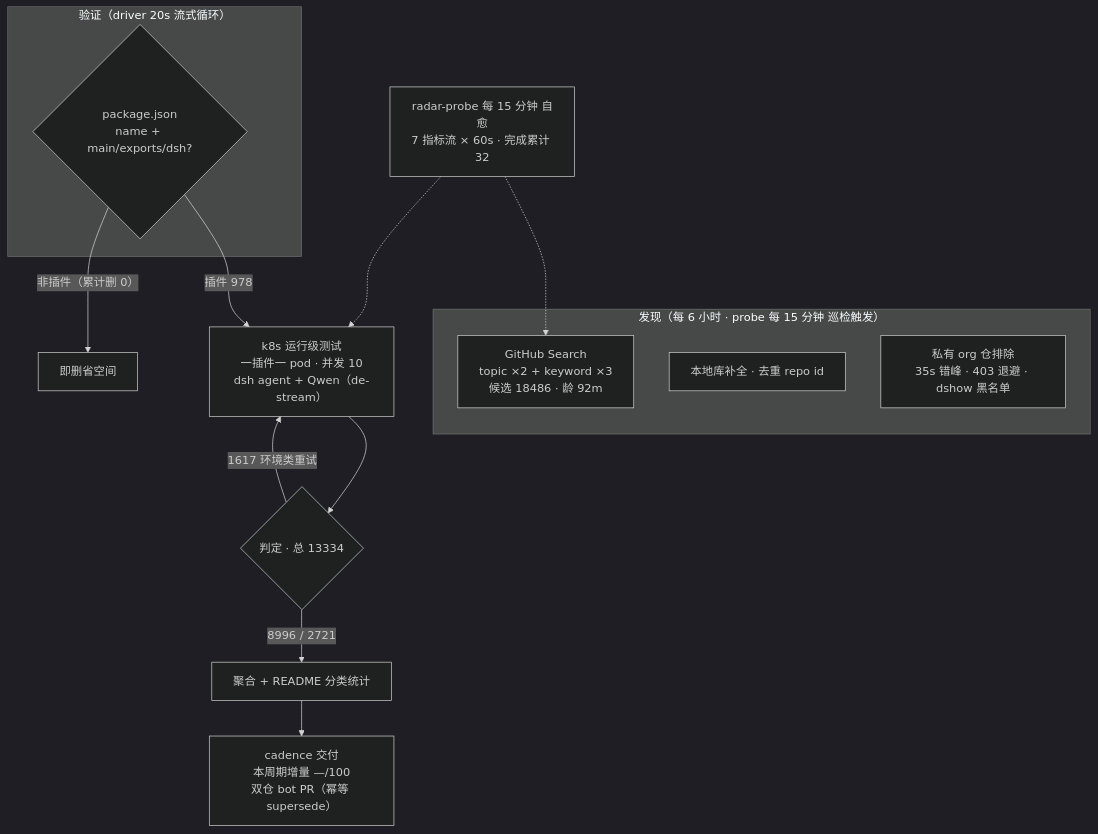
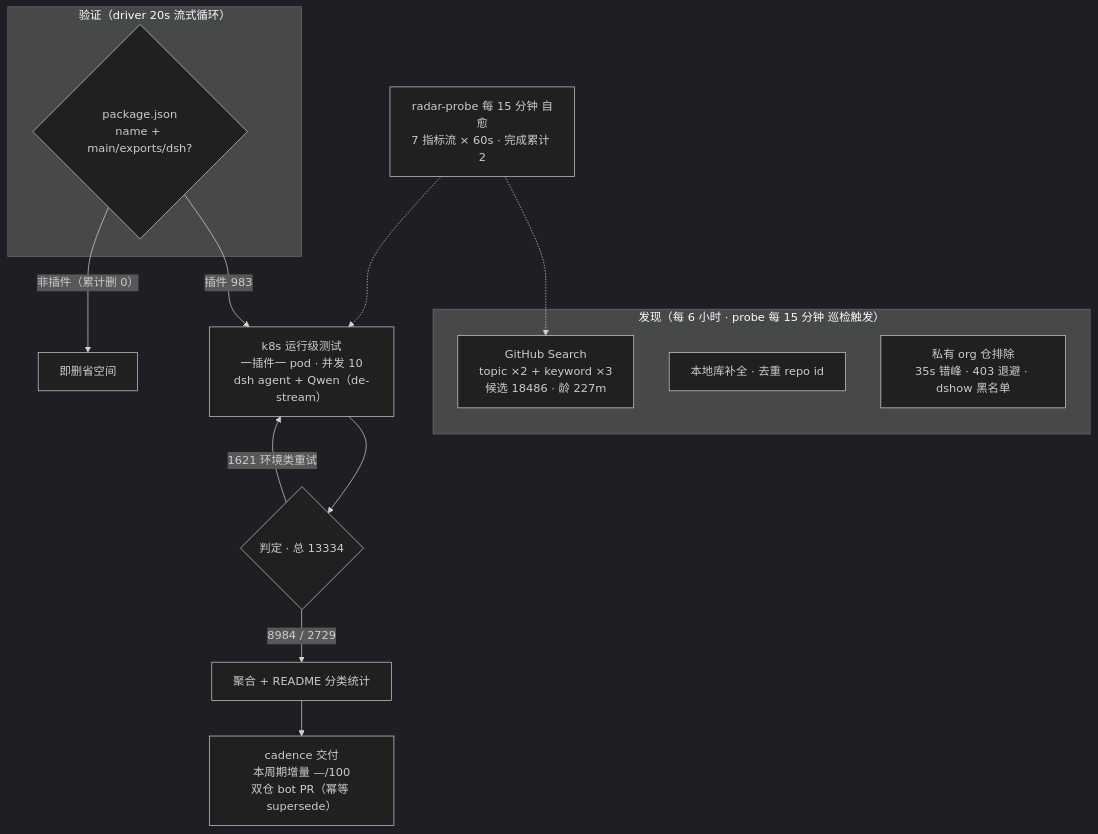
One commit to AdamPlatin123/dsh-plugin-radar changed the diagram in README.md. Above: the diagram before and after it, drawn with Mermaid (dark theme). The commit also changed other lines of this file and 10 other files, not shown here.

````diff
--- a/README.md
+++ b/README.md
@@ -52,20 +52,20 @@
 ```mermaid
 flowchart TB
     subgraph Discovery["发现（每 6 小时 · probe 每 15 分钟 巡检触发）"]
-        A1["GitHub Search<br/>topic ×2 + keyword ×3<br/>候选 18486 · 龄 92m"]
+        A1["GitHub Search<br/>topic ×2 + keyword ×3<br/>候选 18486 · 龄 227m"]
         A2["本地库补全 · 去重 repo id"]
         A3["私有 org 仓排除<br/>35s 错峰 · 403 退避 · dshow 黑名单"]
     end
     subgraph Validation["验证（driver 20s 流式循环）"]
         B1{"package.json<br/>name + main/exports/dsh?"}
     end
-    B1 -->|"插件 978"| C1["k8s 运行级测试<br/>一插件一 pod · 并发 10<br/>dsh agent + Qwen（de-stream）"]
+    B1 -->|"插件 983"| C1["k8s 运行级测试<br/>一插件一 pod · 并发 10<br/>dsh agent + Qwen（de-stream）"]
     B1 -->|"非插件（累计删 0）"| B3["即删省空间"]
     C1 --> D1{"判定 · 总 13334"}
-    D1 -->|"8996 / 2721"| E1["聚合 + README 分类统计"]
-    D1 -->|"1617 环境类重试"| C1
+    D1 -->|"8984 / 2729"| E1["聚合 + README 分类统计"]
+    D1 -->|"1621 环境类重试"| C1
     E1 --> E2["cadence 交付<br/>本周期增量 —/100<br/>双仓 bot PR（幂等 supersede）"]
-    M["radar-probe 每 15 分钟 自愈<br/>7 指标流 × 60s · 完成累计 32"]
+    M["radar-probe 每 15 分钟 自愈<br/>7 指标流 × 60s · 完成累计 2"]
     M -.-> A1
     M -.-> C1
 ```
````
